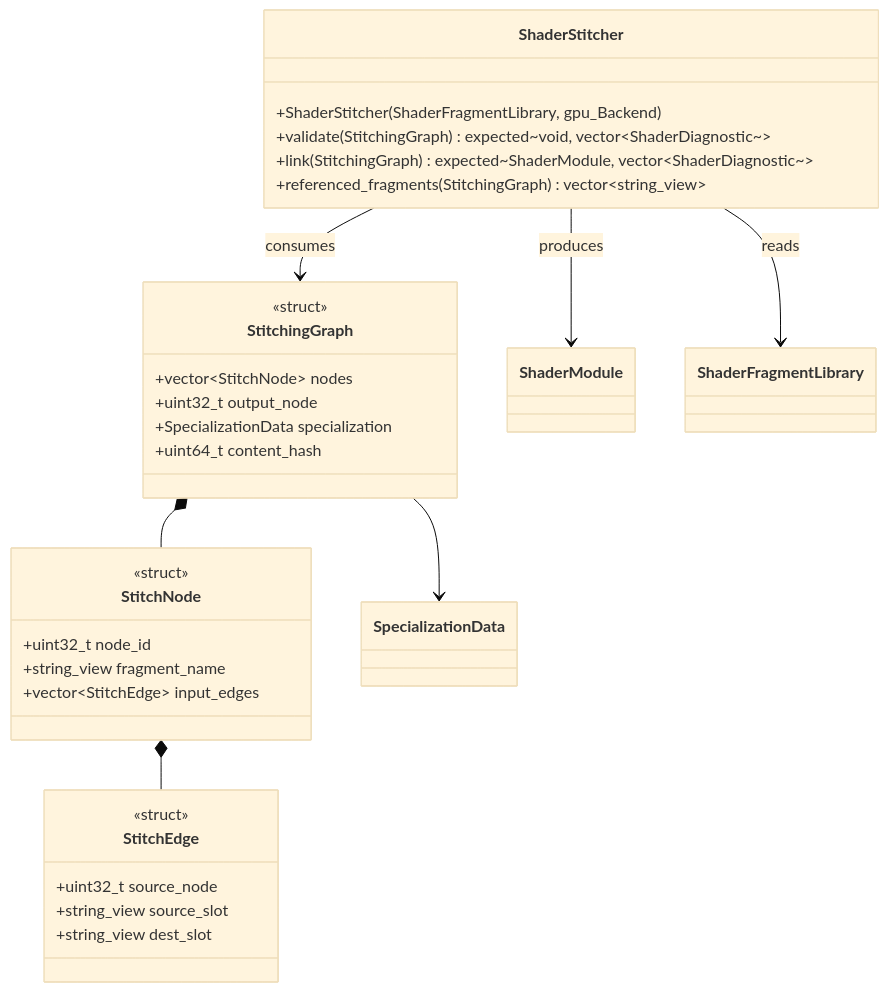
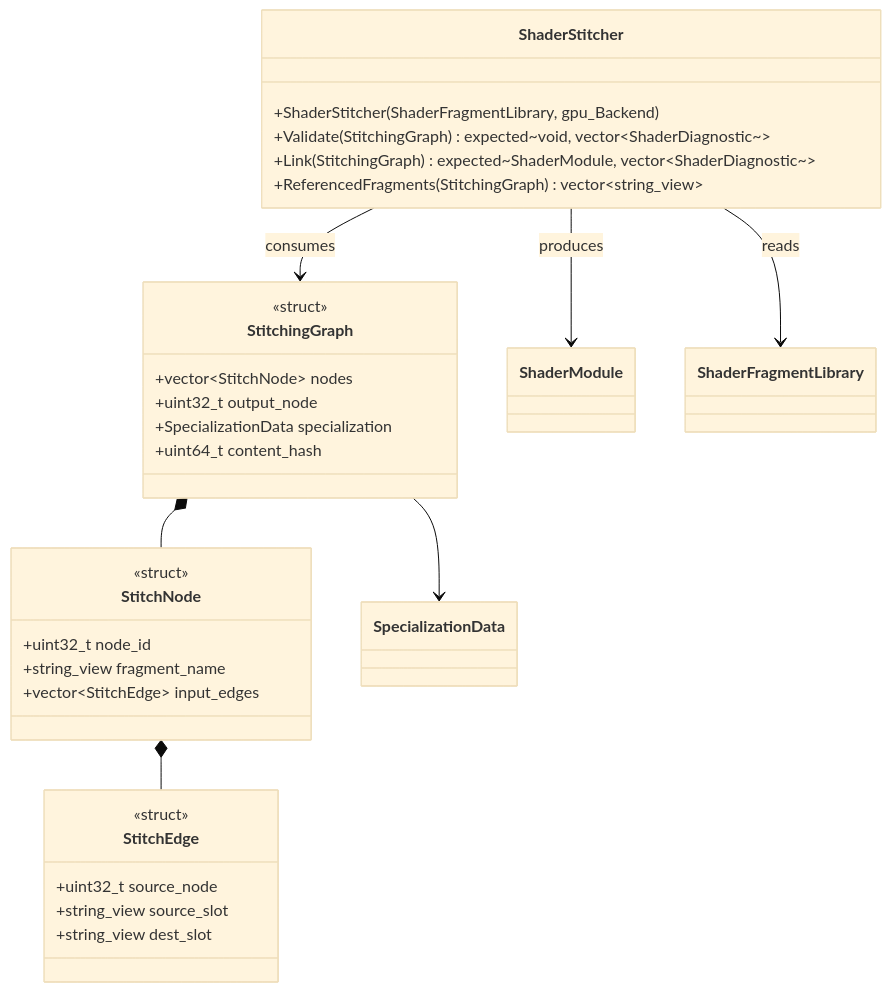
Before and after one commit to harmonius-dev/harmonius: the seventh of 16 diagrams in docs/design/shader-pipeline-classes.md, drawn with Mermaid (base theme). The commit also changed other lines of this file and 67 other files, not shown here.

````diff
--- a/docs/design/shader-pipeline-classes.md
+++ b/docs/design/shader-pipeline-classes.md
@@ -335,35 +335,35 @@
 ```mermaid
 classDiagram
     class StitchNode {
         <<struct>>
         +uint32_t node_id
         +string_view fragment_name
         +vector~StitchEdge~ input_edges
     }
     class StitchEdge {
         <<struct>>
         +uint32_t source_node
         +string_view source_slot
         +string_view dest_slot
     }
     class StitchingGraph {
         <<struct>>
         +vector~StitchNode~ nodes
         +uint32_t output_node
         +SpecializationData specialization
         +uint64_t content_hash
     }
     class ShaderStitcher {
         +ShaderStitcher(ShaderFragmentLibrary, gpu_Backend)
-        +validate(StitchingGraph) expected~void, vector~ShaderDiagnostic~~
-        +link(StitchingGraph) expected~ShaderModule, vector~ShaderDiagnostic~~
-        +referenced_fragments(StitchingGraph) vector~string_view~
+        +Validate(StitchingGraph) expected~void, vector~ShaderDiagnostic~~
+        +Link(StitchingGraph) expected~ShaderModule, vector~ShaderDiagnostic~~
+        +ReferencedFragments(StitchingGraph) vector~string_view~
     }
 
     StitchingGraph *-- StitchNode
     StitchNode *-- StitchEdge
     StitchingGraph --> SpecializationData
     ShaderStitcher --> StitchingGraph : consumes
     ShaderStitcher --> ShaderModule : produces
     ShaderStitcher --> ShaderFragmentLibrary : reads
 ```
````
